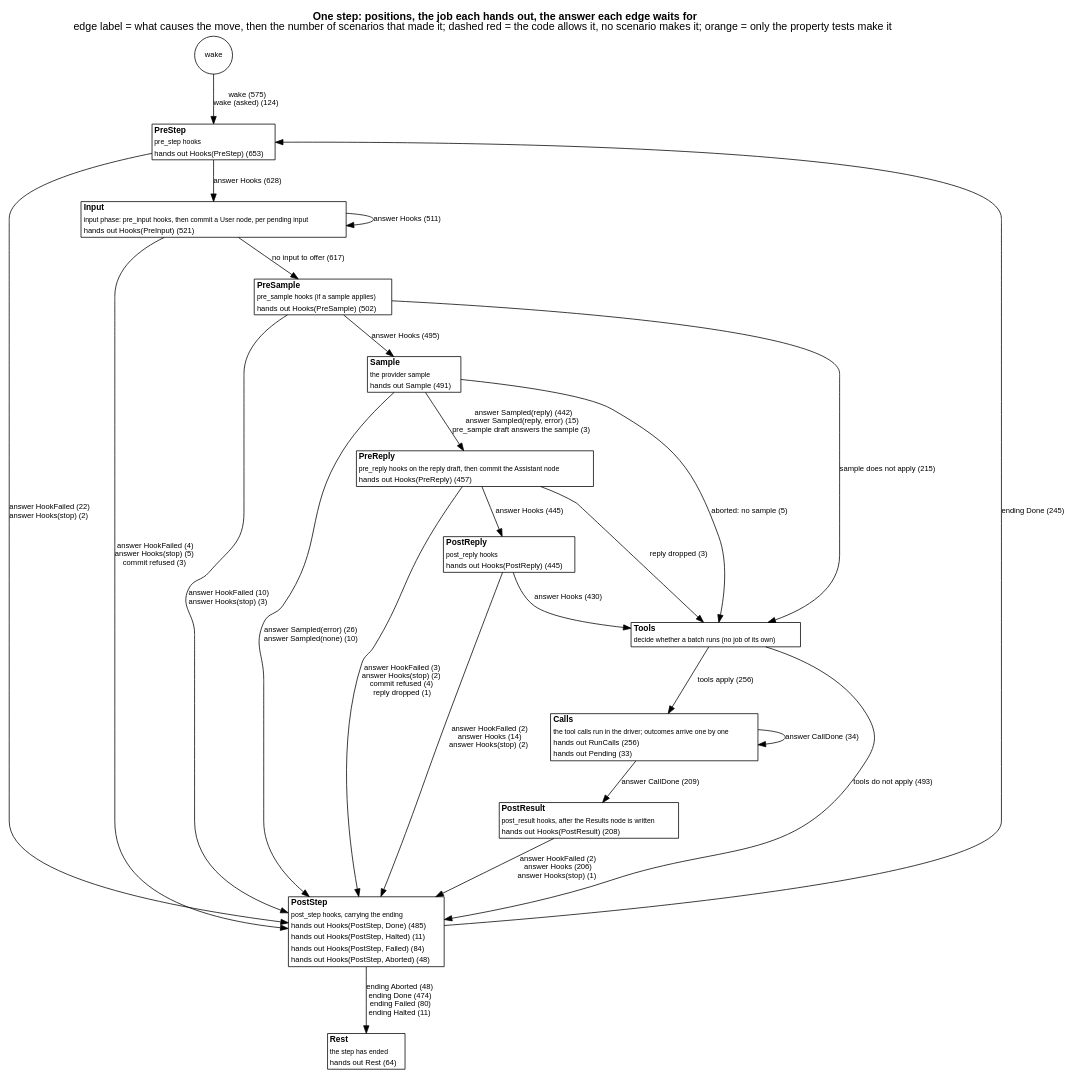
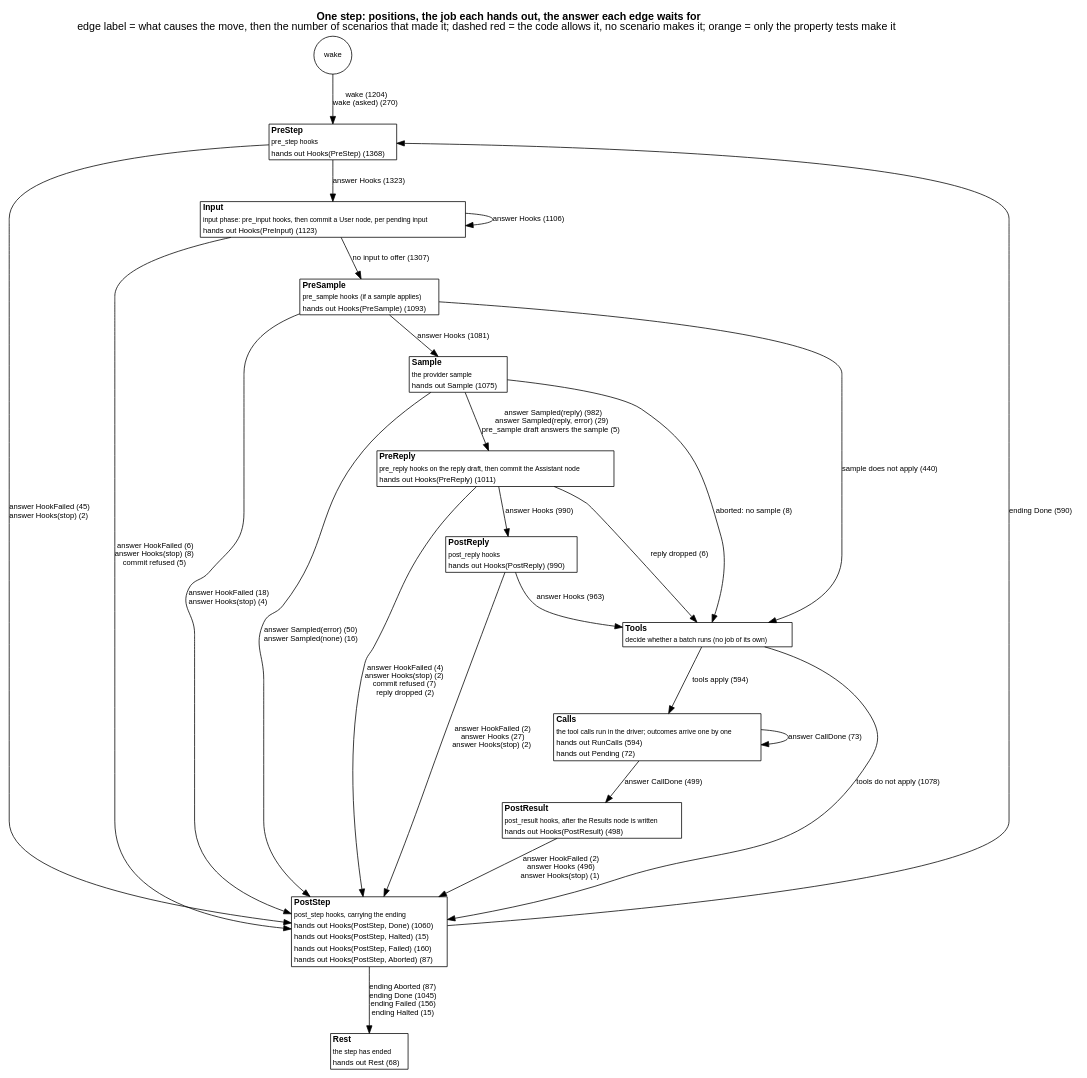
Before and after one commit to jmccardle/tau: the diagram in docs/as-built/diagrams/step-positions.dot, drawn with Graphviz. The commit also changed 8 other files, not shown here.

First line of the commit message:
Regenerate docs and diagrams after the 8E-5 merges; close an effect never started

```diff
--- a/docs/as-built/diagrams/step-positions.dot
+++ b/docs/as-built/diagrams/step-positions.dot
@@ -1,42 +1,42 @@
 // Generated by scripts/diagrams.sh from the test suites' transitions. Do not edit.
 digraph step_positions {
   graph [rankdir=TB, fontname="Helvetica", nodesep=0.5, ranksep=0.6, labelloc=t, label=<<b>One step: positions, the job each hands out, the answer each edge waits for</b><br/>edge label = what causes the move, then the number of scenarios that made it; dashed red = the code allows it, no scenario makes it; orange = only the property tests make it>];
   node [shape=plain, fontname="Helvetica", fontsize=11];
   edge [fontname="Helvetica", fontsize=10];
   "(wake)" [shape=circle, label="wake", fontsize=10];
-  "PreStep" [label=<<table border="1" cellborder="0" cellspacing="0" bgcolor="white"><tr><td align="left"><b>PreStep</b></td></tr><tr><td align="left"><font point-size="9">pre_step hooks</font></td></tr><tr><td align="left"><font color="black" point-size="10">hands out Hooks(PreStep) (653)</font></td></tr></table>>];
-  "Input" [label=<<table border="1" cellborder="0" cellspacing="0" bgcolor="white"><tr><td align="left"><b>Input</b></td></tr><tr><td align="left"><font point-size="9">input phase: pre_input hooks, then commit a User node, per pending input</font></td></tr><tr><td align="left"><font color="black" point-size="10">hands out Hooks(PreInput) (521)</font></td></tr></table>>];
-  "PreSample" [label=<<table border="1" cellborder="0" cellspacing="0" bgcolor="white"><tr><td align="left"><b>PreSample</b></td></tr><tr><td align="left"><font point-size="9">pre_sample hooks (if a sample applies)</font></td></tr><tr><td align="left"><font color="black" point-size="10">hands out Hooks(PreSample) (502)</font></td></tr></table>>];
-  "Sample" [label=<<table border="1" cellborder="0" cellspacing="0" bgcolor="white"><tr><td align="left"><b>Sample</b></td></tr><tr><td align="left"><font point-size="9">the provider sample</font></td></tr><tr><td align="left"><font color="black" point-size="10">hands out Sample (491)</font></td></tr></table>>];
-  "PreReply" [label=<<table border="1" cellborder="0" cellspacing="0" bgcolor="white"><tr><td align="left"><b>PreReply</b></td></tr><tr><td align="left"><font point-size="9">pre_reply hooks on the reply draft, then commit the Assistant node</font></td></tr><tr><td align="left"><font color="black" point-size="10">hands out Hooks(PreReply) (457)</font></td></tr></table>>];
-  "PostReply" [label=<<table border="1" cellborder="0" cellspacing="0" bgcolor="white"><tr><td align="left"><b>PostReply</b></td></tr><tr><td align="left"><font point-size="9">post_reply hooks</font></td></tr><tr><td align="left"><font color="black" point-size="10">hands out Hooks(PostReply) (445)</font></td></tr></table>>];
+  "PreStep" [label=<<table border="1" cellborder="0" cellspacing="0" bgcolor="white"><tr><td align="left"><b>PreStep</b></td></tr><tr><td align="left"><font point-size="9">pre_step hooks</font></td></tr><tr><td align="left"><font color="black" point-size="10">hands out Hooks(PreStep) (1368)</font></td></tr></table>>];
+  "Input" [label=<<table border="1" cellborder="0" cellspacing="0" bgcolor="white"><tr><td align="left"><b>Input</b></td></tr><tr><td align="left"><font point-size="9">input phase: pre_input hooks, then commit a User node, per pending input</font></td></tr><tr><td align="left"><font color="black" point-size="10">hands out Hooks(PreInput) (1123)</font></td></tr></table>>];
+  "PreSample" [label=<<table border="1" cellborder="0" cellspacing="0" bgcolor="white"><tr><td align="left"><b>PreSample</b></td></tr><tr><td align="left"><font point-size="9">pre_sample hooks (if a sample applies)</font></td></tr><tr><td align="left"><font color="black" point-size="10">hands out Hooks(PreSample) (1093)</font></td></tr></table>>];
+  "Sample" [label=<<table border="1" cellborder="0" cellspacing="0" bgcolor="white"><tr><td align="left"><b>Sample</b></td></tr><tr><td align="left"><font point-size="9">the provider sample</font></td></tr><tr><td align="left"><font color="black" point-size="10">hands out Sample (1075)</font></td></tr></table>>];
+  "PreReply" [label=<<table border="1" cellborder="0" cellspacing="0" bgcolor="white"><tr><td align="left"><b>PreReply</b></td></tr><tr><td align="left"><font point-size="9">pre_reply hooks on the reply draft, then commit the Assistant node</font></td></tr><tr><td align="left"><font color="black" point-size="10">hands out Hooks(PreReply) (1011)</font></td></tr></table>>];
+  "PostReply" [label=<<table border="1" cellborder="0" cellspacing="0" bgcolor="white"><tr><td align="left"><b>PostReply</b></td></tr><tr><td align="left"><font point-size="9">post_reply hooks</font></td></tr><tr><td align="left"><font color="black" point-size="10">hands out Hooks(PostReply) (990)</font></td></tr></table>>];
   "Tools" [label=<<table border="1" cellborder="0" cellspacing="0" bgcolor="white"><tr><td align="left"><b>Tools</b></td></tr><tr><td align="left"><font point-size="9">decide whether a batch runs (no job of its own)</font></td></tr></table>>];
-  "Calls" [label=<<table border="1" cellborder="0" cellspacing="0" bgcolor="white"><tr><td align="left"><b>Calls</b></td></tr><tr><td align="left"><font point-size="9">the tool calls run in the driver; outcomes arrive one by one</font></td></tr><tr><td align="left"><font color="black" point-size="10">hands out RunCalls (256)</font></td></tr><tr><td align="left"><font color="black" point-size="10">hands out Pending (33)</font></td></tr></table>>];
-  "PostResult" [label=<<table border="1" cellborder="0" cellspacing="0" bgcolor="white"><tr><td align="left"><b>PostResult</b></td></tr><tr><td align="left"><font point-size="9">post_result hooks, after the Results node is written</font></td></tr><tr><td align="left"><font color="black" point-size="10">hands out Hooks(PostResult) (208)</font></td></tr></table>>];
-  "PostStep" [label=<<table border="1" cellborder="0" cellspacing="0" bgcolor="white"><tr><td align="left"><b>PostStep</b></td></tr><tr><td align="left"><font point-size="9">post_step hooks, carrying the ending</font></td></tr><tr><td align="left"><font color="black" point-size="10">hands out Hooks(PostStep, Done) (485)</font></td></tr><tr><td align="left"><font color="black" point-size="10">hands out Hooks(PostStep, Halted) (11)</font></td></tr><tr><td align="left"><font color="black" point-size="10">hands out Hooks(PostStep, Failed) (84)</font></td></tr><tr><td align="left"><font color="black" point-size="10">hands out Hooks(PostStep, Aborted) (48)</font></td></tr></table>>];
-  "Rest" [label=<<table border="1" cellborder="0" cellspacing="0" bgcolor="white"><tr><td align="left"><b>Rest</b></td></tr><tr><td align="left"><font point-size="9">the step has ended</font></td></tr><tr><td align="left"><font color="black" point-size="10">hands out Rest (64)</font></td></tr></table>>];
-  "(wake)" -> "PreStep" [label=<wake (575)<br/>wake (asked) (124)>, color="black", style=solid];
-  "Calls" -> "Calls" [label=<answer CallDone (34)>, color="black", style=solid];
-  "Calls" -> "PostResult" [label=<answer CallDone (209)>, color="black", style=solid];
-  "Input" -> "Input" [label=<answer Hooks (511)>, color="black", style=solid];
-  "Input" -> "PostStep" [label=<answer HookFailed (4)<br/>answer Hooks(stop) (5)<br/>commit refused (3)>, color="black", style=solid];
-  "Input" -> "PreSample" [label=<no input to offer (617)>, color="black", style=solid];
-  "PostReply" -> "PostStep" [label=<answer HookFailed (2)<br/>answer Hooks (14)<br/>answer Hooks(stop) (2)>, color="black", style=solid];
-  "PostReply" -> "Tools" [label=<answer Hooks (430)>, color="black", style=solid];
-  "PostResult" -> "PostStep" [label=<answer HookFailed (2)<br/>answer Hooks (206)<br/>answer Hooks(stop) (1)>, color="black", style=solid];
-  "PostStep" -> "PreStep" [label=<ending Done (245)>, color="black", style=solid];
-  "PostStep" -> "Rest" [label=<ending Aborted (48)<br/>ending Done (474)<br/>ending Failed (80)<br/>ending Halted (11)>, color="black", style=solid];
-  "PreReply" -> "PostReply" [label=<answer Hooks (445)>, color="black", style=solid];
-  "PreReply" -> "PostStep" [label=<answer HookFailed (3)<br/>answer Hooks(stop) (2)<br/>commit refused (4)<br/>reply dropped (1)>, color="black", style=solid];
-  "PreReply" -> "Tools" [label=<reply dropped (3)>, color="black", style=solid];
-  "PreSample" -> "PostStep" [label=<answer HookFailed (10)<br/>answer Hooks(stop) (3)>, color="black", style=solid];
-  "PreSample" -> "Sample" [label=<answer Hooks (495)>, color="black", style=solid];
-  "PreSample" -> "Tools" [label=<sample does not apply (215)>, color="black", style=solid];
-  "PreStep" -> "Input" [label=<answer Hooks (628)>, color="black", style=solid];
-  "PreStep" -> "PostStep" [label=<answer HookFailed (22)<br/>answer Hooks(stop) (2)>, color="black", style=solid];
-  "Sample" -> "PostStep" [label=<answer Sampled(error) (26)<br/>answer Sampled(none) (10)>, color="black", style=solid];
-  "Sample" -> "PreReply" [label=<answer Sampled(reply) (442)<br/>answer Sampled(reply, error) (15)<br/>pre_sample draft answers the sample (3)>, color="black", style=solid];
-  "Sample" -> "Tools" [label=<aborted: no sample (5)>, color="black", style=solid];
-  "Tools" -> "Calls" [label=<tools apply (256)>, color="black", style=solid];
-  "Tools" -> "PostStep" [label=<tools do not apply (493)>, color="black", style=solid];
+  "Calls" [label=<<table border="1" cellborder="0" cellspacing="0" bgcolor="white"><tr><td align="left"><b>Calls</b></td></tr><tr><td align="left"><font point-size="9">the tool calls run in the driver; outcomes arrive one by one</font></td></tr><tr><td align="left"><font color="black" point-size="10">hands out RunCalls (594)</font></td></tr><tr><td align="left"><font color="black" point-size="10">hands out Pending (72)</font></td></tr></table>>];
+  "PostResult" [label=<<table border="1" cellborder="0" cellspacing="0" bgcolor="white"><tr><td align="left"><b>PostResult</b></td></tr><tr><td align="left"><font point-size="9">post_result hooks, after the Results node is written</font></td></tr><tr><td align="left"><font color="black" point-size="10">hands out Hooks(PostResult) (498)</font></td></tr></table>>];
+  "PostStep" [label=<<table border="1" cellborder="0" cellspacing="0" bgcolor="white"><tr><td align="left"><b>PostStep</b></td></tr><tr><td align="left"><font point-size="9">post_step hooks, carrying the ending</font></td></tr><tr><td align="left"><font color="black" point-size="10">hands out Hooks(PostStep, Done) (1060)</font></td></tr><tr><td align="left"><font color="black" point-size="10">hands out Hooks(PostStep, Halted) (15)</font></td></tr><tr><td align="left"><font color="black" point-size="10">hands out Hooks(PostStep, Failed) (160)</font></td></tr><tr><td align="left"><font color="black" point-size="10">hands out Hooks(PostStep, Aborted) (87)</font></td></tr></table>>];
+  "Rest" [label=<<table border="1" cellborder="0" cellspacing="0" bgcolor="white"><tr><td align="left"><b>Rest</b></td></tr><tr><td align="left"><font point-size="9">the step has ended</font></td></tr><tr><td align="left"><font color="black" point-size="10">hands out Rest (68)</font></td></tr></table>>];
+  "(wake)" -> "PreStep" [label=<wake (1204)<br/>wake (asked) (270)>, color="black", style=solid];
+  "Calls" -> "Calls" [label=<answer CallDone (73)>, color="black", style=solid];
+  "Calls" -> "PostResult" [label=<answer CallDone (499)>, color="black", style=solid];
+  "Input" -> "Input" [label=<answer Hooks (1106)>, color="black", style=solid];
+  "Input" -> "PostStep" [label=<answer HookFailed (6)<br/>answer Hooks(stop) (8)<br/>commit refused (5)>, color="black", style=solid];
+  "Input" -> "PreSample" [label=<no input to offer (1307)>, color="black", style=solid];
+  "PostReply" -> "PostStep" [label=<answer HookFailed (2)<br/>answer Hooks (27)<br/>answer Hooks(stop) (2)>, color="black", style=solid];
+  "PostReply" -> "Tools" [label=<answer Hooks (963)>, color="black", style=solid];
+  "PostResult" -> "PostStep" [label=<answer HookFailed (2)<br/>answer Hooks (496)<br/>answer Hooks(stop) (1)>, color="black", style=solid];
+  "PostStep" -> "PreStep" [label=<ending Done (590)>, color="black", style=solid];
+  "PostStep" -> "Rest" [label=<ending Aborted (87)<br/>ending Done (1045)<br/>ending Failed (156)<br/>ending Halted (15)>, color="black", style=solid];
+  "PreReply" -> "PostReply" [label=<answer Hooks (990)>, color="black", style=solid];
+  "PreReply" -> "PostStep" [label=<answer HookFailed (4)<br/>answer Hooks(stop) (2)<br/>commit refused (7)<br/>reply dropped (2)>, color="black", style=solid];
+  "PreReply" -> "Tools" [label=<reply dropped (6)>, color="black", style=solid];
+  "PreSample" -> "PostStep" [label=<answer HookFailed (18)<br/>answer Hooks(stop) (4)>, color="black", style=solid];
+  "PreSample" -> "Sample" [label=<answer Hooks (1081)>, color="black", style=solid];
+  "PreSample" -> "Tools" [label=<sample does not apply (440)>, color="black", style=solid];
+  "PreStep" -> "Input" [label=<answer Hooks (1323)>, color="black", style=solid];
+  "PreStep" -> "PostStep" [label=<answer HookFailed (45)<br/>answer Hooks(stop) (2)>, color="black", style=solid];
+  "Sample" -> "PostStep" [label=<answer Sampled(error) (50)<br/>answer Sampled(none) (16)>, color="black", style=solid];
+  "Sample" -> "PreReply" [label=<answer Sampled(reply) (982)<br/>answer Sampled(reply, error) (29)<br/>pre_sample draft answers the sample (5)>, color="black", style=solid];
+  "Sample" -> "Tools" [label=<aborted: no sample (8)>, color="black", style=solid];
+  "Tools" -> "Calls" [label=<tools apply (594)>, color="black", style=solid];
+  "Tools" -> "PostStep" [label=<tools do not apply (1078)>, color="black", style=solid];
 }
```
